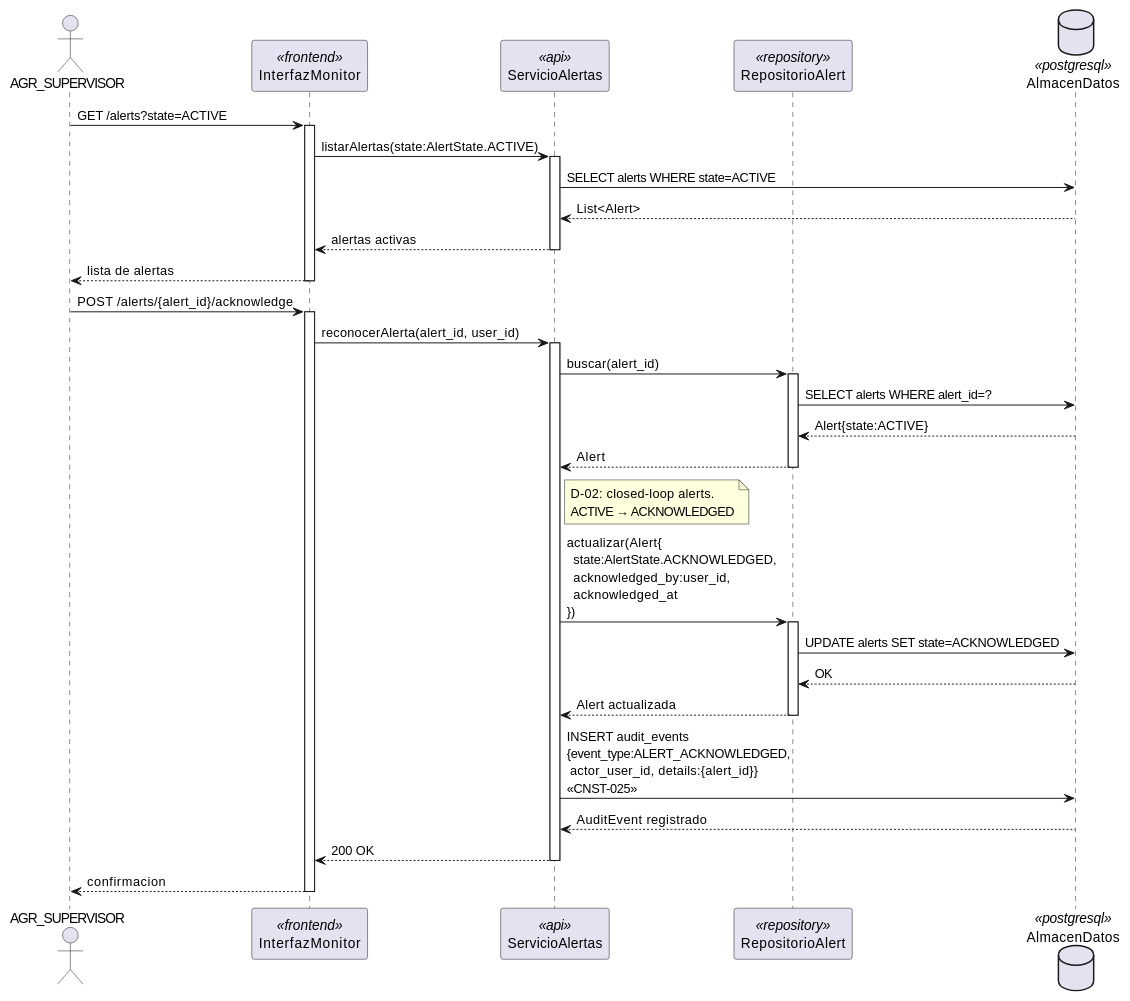
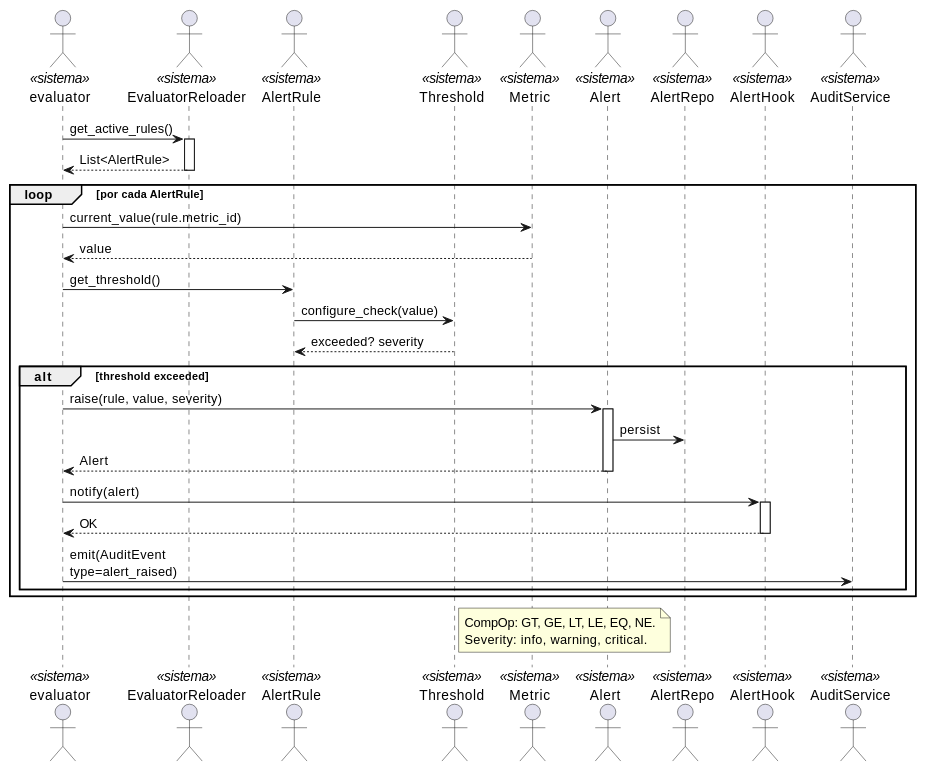
One commit to jcg-admin/IACT-docs changed the diagram in source/arquitectura-tecnica/design-view/seq-alerts.rst. Above: the diagram before and after it, drawn with PlantUML. The commit also changed other lines of this file and 12 other files, not shown here.

First line of the commit message:
Harmonize 13 design-view sequence diagrams to canonical vocab

```diff
--- a/source/arquitectura-tecnica/design-view/seq-alerts.rst
+++ b/source/arquitectura-tecnica/design-view/seq-alerts.rst
@@ -24,59 +24,50 @@
 .. uml::
- :caption: Design View MOD_Alerts — reconocimiento de alerta con auditoria.
+ :caption: MOD_Alerts — evaluacion de rule y notificacion.
 
  @startuml
 
- actor AGR_SUPERVISOR
+ actor evaluator <<sistema>>
+ actor "EvaluatorReloader" as EvaluatorReloader <<sistema>>
+ actor "AlertRule" as AlertRule <<sistema>>
+ actor "Threshold" as Threshold <<sistema>>
+ actor "Metric" as Metric <<sistema>>
+ actor "Alert" as Alert <<sistema>>
+ actor "AlertRepo" as AlertRepo <<sistema>>
+ actor "AlertHook" as AlertHook <<sistema>>
+ actor "AuditService" as AuditService <<sistema>>
 
- participant InterfazMonitor   <<frontend>>
- participant ServicioAlertas   <<api>>
- participant RepositorioAlert  <<repository>>
- database    AlmacenDatos      <<postgresql>>
+ evaluator -> EvaluatorReloader : get_active_rules()
+ activate EvaluatorReloader
+ EvaluatorReloader --> evaluator : List<AlertRule>
+ deactivate EvaluatorReloader
 
- AGR_SUPERVISOR -> InterfazMonitor : GET /alerts?state=ACTIVE
- activate InterfazMonitor
+ loop por cada AlertRule
+   evaluator -> Metric : current_value(rule.metric_id)
+   Metric --> evaluator : value
 
- InterfazMonitor -> ServicioAlertas : listarAlertas(state:AlertState.ACTIVE)
- activate ServicioAlertas
- ServicioAlertas -> AlmacenDatos : SELECT alerts WHERE state=ACTIVE
- AlmacenDatos --> ServicioAlertas : List<Alert>
- ServicioAlertas --> InterfazMonitor : alertas activas
- deactivate ServicioAlertas
+   evaluator -> AlertRule : get_threshold()
+   AlertRule -> Threshold : configure_check(value)
+   Threshold --> AlertRule : exceeded? severity
 
- InterfazMonitor --> AGR_SUPERVISOR : lista de alertas
- deactivate InterfazMonitor
+   alt threshold exceeded
+     evaluator -> Alert : raise(rule, value, severity)
+     activate Alert
+     Alert -> AlertRepo : persist
+     Alert --> evaluator : Alert
+     deactivate Alert
 
- AGR_SUPERVISOR -> InterfazMonitor : POST /alerts/{alert_id}/acknowledge
- activate InterfazMonitor
+     evaluator -> AlertHook : notify(alert)
+     activate AlertHook
+     AlertHook --> evaluator : OK
+     deactivate AlertHook
 
- InterfazMonitor -> ServicioAlertas : reconocerAlerta(alert_id, user_id)
- activate ServicioAlertas
+     evaluator -> AuditService : emit(AuditEvent\ntype=alert_raised)
+   end
+ end
 
- ServicioAlertas -> RepositorioAlert : buscar(alert_id)
- activate RepositorioAlert
- RepositorioAlert -> AlmacenDatos : SELECT alerts WHERE alert_id=?
- AlmacenDatos --> RepositorioAlert : Alert{state:ACTIVE}
- RepositorioAlert --> ServicioAlertas : Alert
- deactivate RepositorioAlert
-
- note right of ServicioAlertas
-   D-02: closed-loop alerts.
-   ACTIVE → ACKNOWLEDGED
+ note right of Threshold
+   CompOp: GT, GE, LT, LE, EQ, NE.
+   Severity: info, warning, critical.
  end note
 
- ServicioAlertas -> RepositorioAlert : actualizar(Alert{\n  state:AlertState.ACKNOWLEDGED,\n  acknowledged_by:user_id,\n  acknowledged_at\n})
- activate RepositorioAlert
- RepositorioAlert -> AlmacenDatos : UPDATE alerts SET state=ACKNOWLEDGED
- AlmacenDatos --> RepositorioAlert : OK
- RepositorioAlert --> ServicioAlertas : Alert actualizada
- deactivate RepositorioAlert
-
- ServicioAlertas -> AlmacenDatos : INSERT audit_events\n{event_type:ALERT_ACKNOWLEDGED,\n actor_user_id, details:{alert_id}}\n<<CNST-025>>
- AlmacenDatos --> ServicioAlertas : AuditEvent registrado
-
- ServicioAlertas --> InterfazMonitor : 200 OK
- deactivate ServicioAlertas
- InterfazMonitor --> AGR_SUPERVISOR : confirmacion
- deactivate InterfazMonitor
-
  @enduml
```
